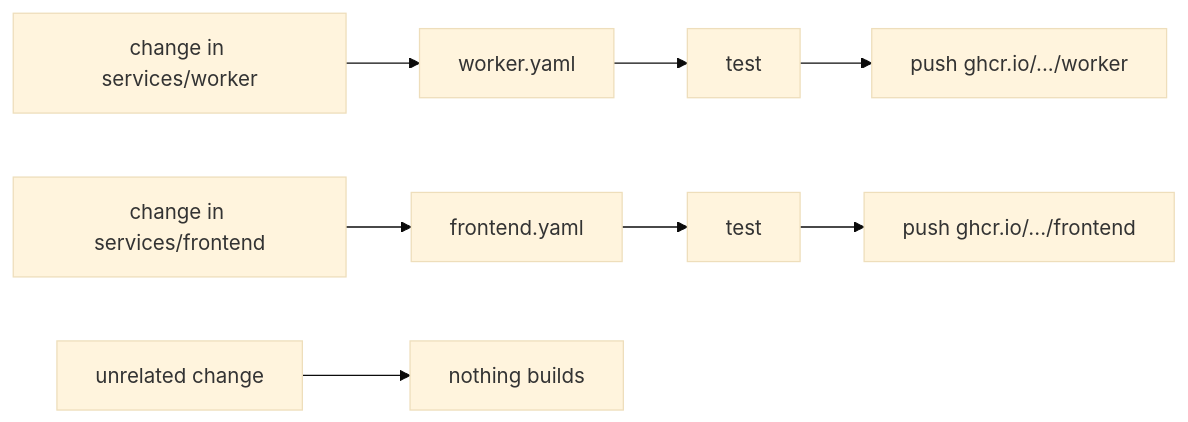
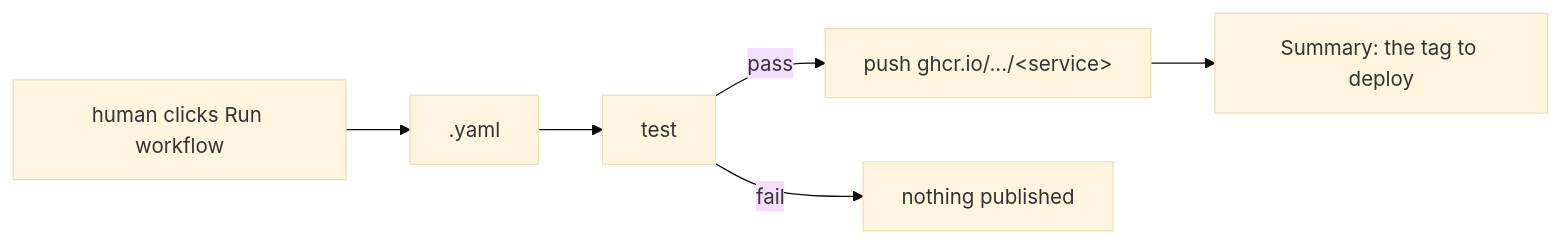
Before and after one commit to cucumberone/fire-watch: the first of 2 diagrams in docs/images.md, drawn with Mermaid (base theme). The commit also changed other lines of this file and 7 other files, not shown here.

````diff
--- a/docs/images.md
+++ b/docs/images.md
@@ -17,8 +20,8 @@
 ```mermaid
 flowchart LR
-  A[change in services/worker] --> W[worker.yaml]
-  B[change in services/frontend] --> F[frontend.yaml]
-  C[unrelated change] --> X[nothing builds]
-  W --> T[test] --> P[push ghcr.io/.../worker]
-  F --> T2[test] --> P2[push ghcr.io/.../frontend]
+  H[human clicks Run workflow] --> W[<service>.yaml]
+  W --> T[test]
+  T -->|pass| P[push ghcr.io/.../&lt;service&gt;]
+  T -->|fail| X[nothing published]
+  P --> S[Summary: the tag to deploy]
 ```
````
